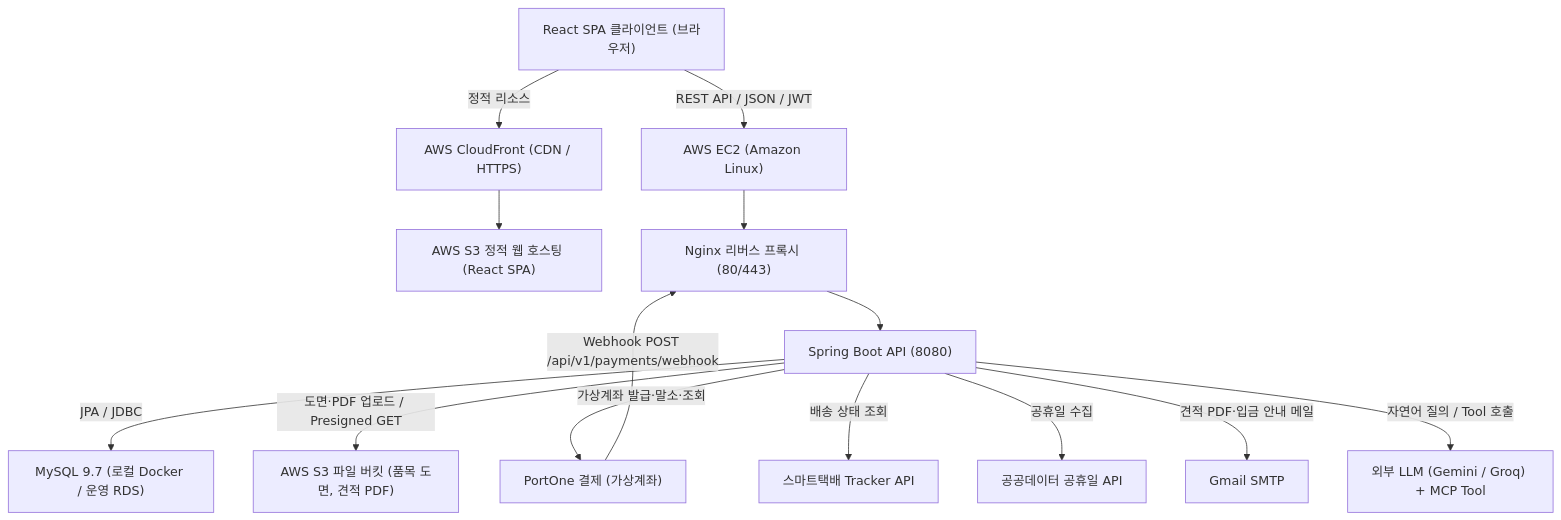
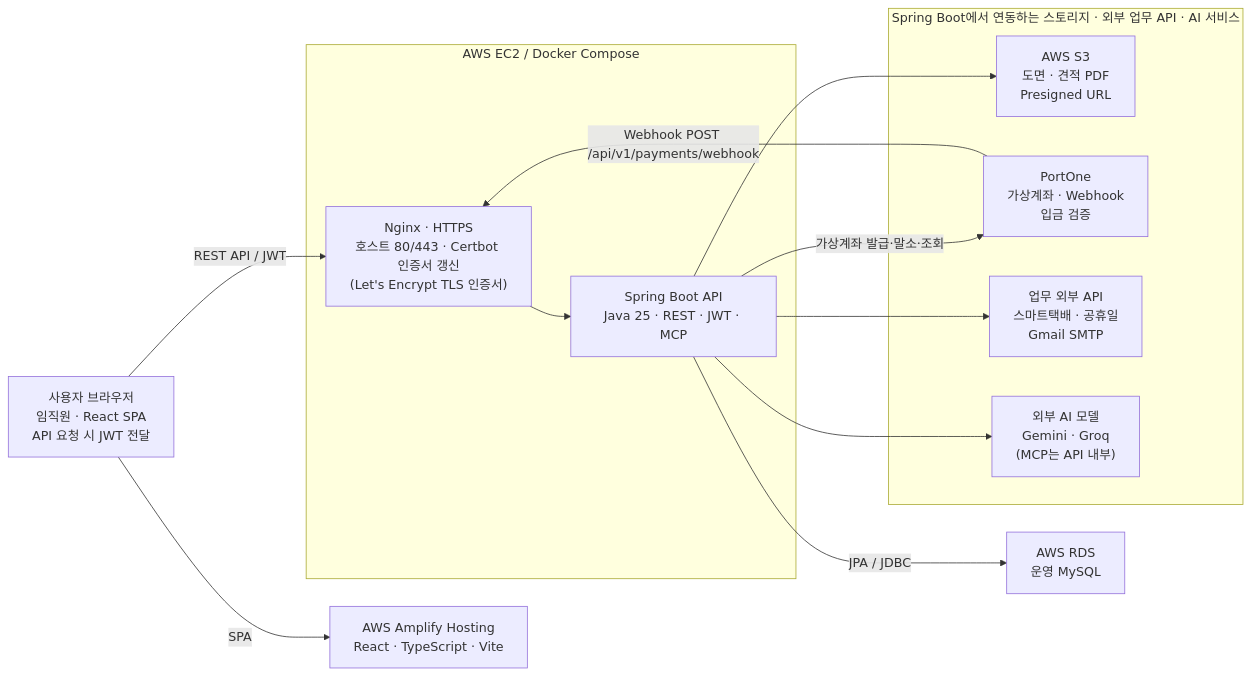
Before and after one commit to likelion-backend-25th/PRODFLOW: the first of 7 diagrams in docs/02_design/01_architecture.md, drawn with Mermaid. The commit also changed other lines of this file, not shown here.

````diff
--- a/docs/02_design/01_architecture.md
+++ b/docs/02_design/01_architecture.md
@@ -21,31 +33,29 @@
 ```mermaid
-graph TD
-    Client["React SPA 클라이언트 (브라우저)"]
-    CloudFront["AWS CloudFront (CDN / HTTPS)"]
-    S3_Static["AWS S3 정적 웹 호스팅 (React SPA)"]
-    S3_Files["AWS S3 파일 버킷 (품목 도면, 견적 PDF)"]
-    EC2["AWS EC2 (Amazon Linux)"]
-    Docker_Nginx["Nginx 리버스 프록시 (80/443)"]
-    Docker_App["Spring Boot API (8080)"]
-    DB["MySQL 9.7 (로컬 Docker / 운영 RDS)"]
-    PortOne["PortOne 결제 (가상계좌)"]
-    Tracker["스마트택배 Tracker API"]
-    Holiday["공공데이터 공휴일 API"]
-    Mail["Gmail SMTP"]
-    AI["외부 LLM (Gemini / Groq) + MCP Tool"]
+graph LR
+    Browser["사용자 브라우저<br/>임직원 · React SPA<br/>API 요청 시 JWT 전달"]
+    Amplify["AWS Amplify Hosting<br/>React · TypeScript · Vite"]
 
-    Client -->|정적 리소스| CloudFront
-    CloudFront --> S3_Static
-    Client -->|"REST API / JSON / JWT"| EC2
-    EC2 --> Docker_Nginx
-    Docker_Nginx --> Docker_App
-    Docker_App -->|JPA / JDBC| DB
-    Docker_App -->|도면·PDF 업로드 / Presigned GET| S3_Files
+    subgraph EC2["AWS EC2 / Docker Compose"]
+        Nginx["Nginx · HTTPS<br/>호스트 80/443 · Certbot 인증서 갱신<br/>(Let's Encrypt TLS 인증서)"]
+        App["Spring Boot API<br/>Java 25 · REST · JWT · MCP"]
+    end
 
-    Docker_App -->|가상계좌 발급·말소·조회| PortOne
-    PortOne -->|"Webhook POST /api/v1/payments/webhook"| Docker_Nginx
-    Docker_App -->|배송 상태 조회| Tracker
-    Docker_App -->|공휴일 수집| Holiday
-    Docker_App -->|견적 PDF·입금 안내 메일| Mail
-    Docker_App -->|자연어 질의 / Tool 호출| AI
+    RDS["AWS RDS<br/>운영 MySQL"]
+
+    subgraph Ext["Spring Boot에서 연동하는 스토리지 · 외부 업무 API · AI 서비스"]
+        S3["AWS S3<br/>도면 · 견적 PDF<br/>Presigned URL"]
+        PortOne["PortOne<br/>가상계좌 · Webhook<br/>입금 검증"]
+        BizAPI["업무 외부 API<br/>스마트택배 · 공휴일<br/>Gmail SMTP"]
+        AI["외부 AI 모델<br/>Gemini · Groq<br/>(MCP는 API 내부)"]
+    end
+
+    Browser -->|SPA| Amplify
+    Browser -->|" REST API / JWT "| Nginx
+    Nginx --> App
+    App -->|JPA / JDBC| RDS
+    App --> S3
+    App -->|가상계좌 발급·말소·조회| PortOne
+    PortOne -->|" Webhook POST /api/v1/payments/webhook "| Nginx
+    App --> BizAPI
+    App --> AI
 ```
````
